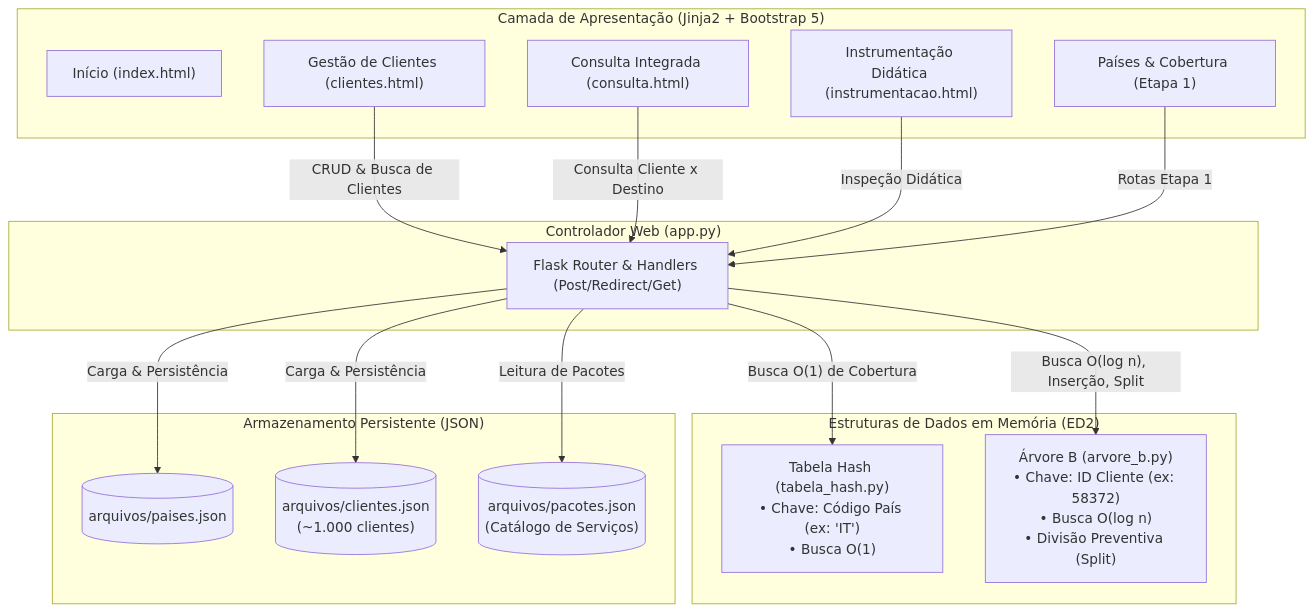
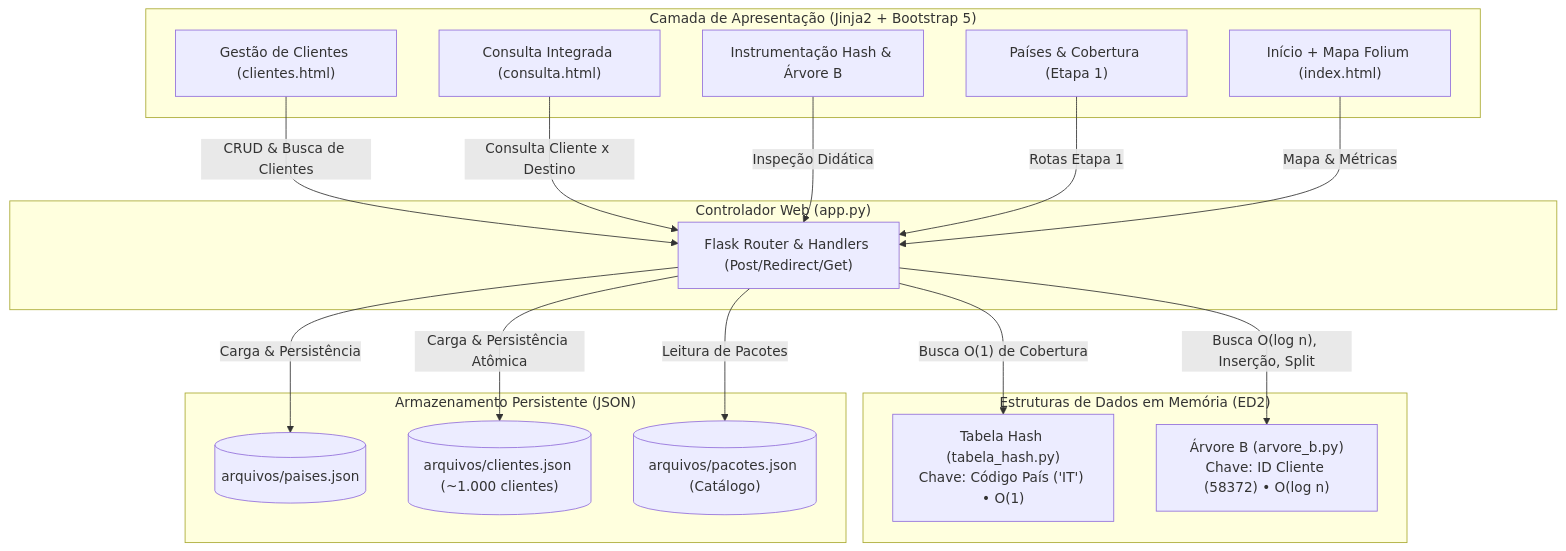
The diagram in etapas/ETAPA_2_TODOS.md (take071/TrabalhoED2), drawn with Mermaid before and after one commit. The commit also changed other lines of this file and 18 other files, not shown here.

Commit message:
feat(etapa-2): integrar Arvore B, filtro seletivo de clientes e especificacao do Cache LRU

````diff
--- a/etapas/ETAPA_2_TODOS.md
+++ b/etapas/ETAPA_2_TODOS.md
@@ -38,40 +38,38 @@
 ```mermaid
 flowchart TD
     subgraph Frontend["Camada de Apresentação (Jinja2 + Bootstrap 5)"]
-        UI_Home["Início (index.html)"]
+        UI_Home["Início + Mapa Folium (index.html)"]
         UI_Paises["Países & Cobertura (Etapa 1)"]
         UI_Clientes["Gestão de Clientes (clientes.html)"]
         UI_Consulta["Consulta Integrada (consulta.html)"]
-        UI_Inst["Instrumentação Didática (instrumentacao.html)"]
+        UI_Inst["Instrumentação Hash & Árvore B"]
     end
 
     subgraph Controller["Controlador Web (app.py)"]
         App["Flask Router & Handlers (Post/Redirect/Get)"]
     end
 
     subgraph MemoryCore["Estruturas de Dados em Memória (ED2)"]
-        TH["Tabela Hash (tabela_hash.py)<br>• Chave: Código País (ex: 'IT')<br>• Busca O(1)"]
-        BT["Árvore B (arvore_b.py)<br>• Chave: ID Cliente (ex: 58372)<br>• Busca O(log n)<br>• Divisão Preventiva (Split)"]
+        TH["Tabela Hash (tabela_hash.py)\nChave: Código País ('IT') • O(1)"]
+        BT["Árvore B (arvore_b.py)\nChave: ID Cliente (58372) • O(log n)"]
     end
 
     subgraph Storage["Armazenamento Persistente (JSON)"]
         JSON_Paises[("arquivos/paises.json")]
-        JSON_Clientes[("arquivos/clientes.json<br>(~1.000 clientes)")]
-        JSON_Pacotes[("arquivos/pacotes.json<br>(Catálogo de Serviços)")]
+        JSON_Clientes[("arquivos/clientes.json (~1.000 clientes)")]
+        JSON_Pacotes[("arquivos/pacotes.json (Catálogo)")]
     end
 
-    %% Relações do Frontend
     UI_Clientes -->|"CRUD & Busca de Clientes"| App
     UI_Consulta -->|"Consulta Cliente x Destino"| App
     UI_Inst -->|"Inspeção Didática"| App
     UI_Paises -->|"Rotas Etapa 1"| App
+    UI_Home -->|"Mapa & Métricas"| App
 
-    %% Relações do Controller com Estruturas
     App -->|"Busca O(log n), Inserção, Split"| BT
     App -->|"Busca O(1) de Cobertura"| TH
     App -->|"Leitura de Pacotes"| JSON_Pacotes
 
-    %% Relações de Persistência
-    App -->|"Carga & Persistência"| JSON_Clientes
+    App -->|"Carga & Persistência Atômica"| JSON_Clientes
     App -->|"Carga & Persistência"| JSON_Paises
 ```
````
